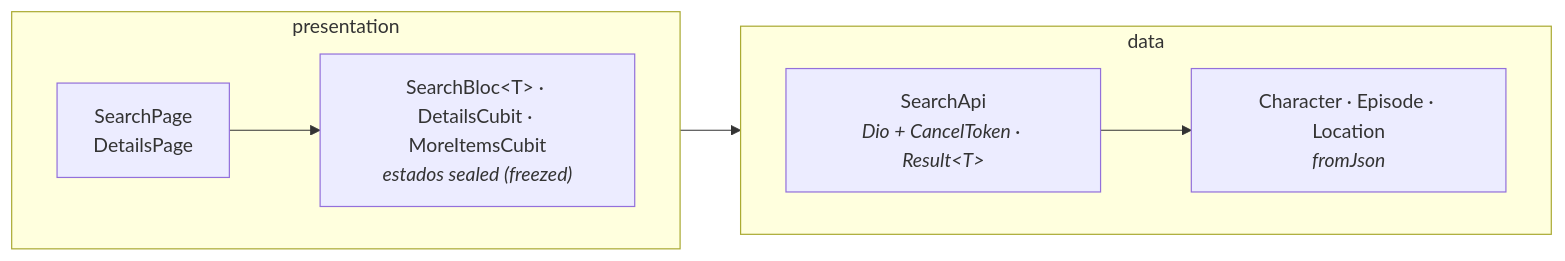
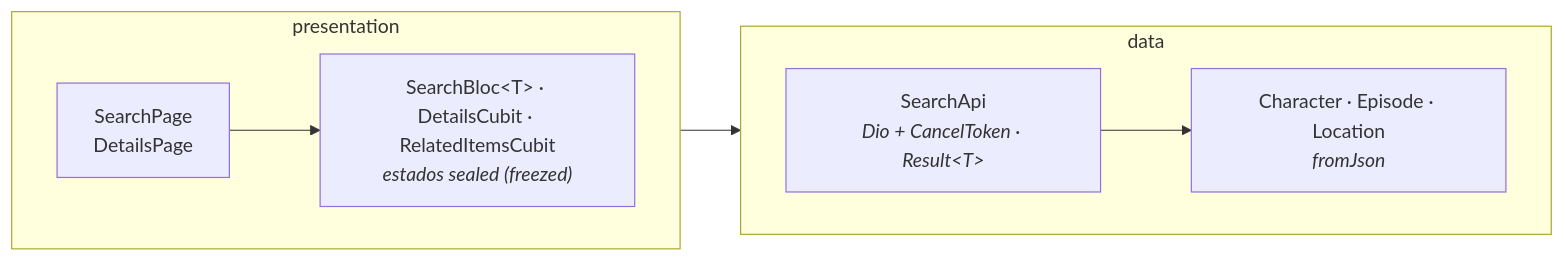
The second of 2 diagrams in README.md (cleberson-lima/rick_and_morty_app), drawn with Mermaid before and after one commit. The commit also changed other lines of this file and 44 other files, not shown here.

````diff
--- a/README.md
+++ b/README.md
@@ -143,12 +143,12 @@
 ```mermaid
 flowchart LR
     subgraph presentation["presentation"]
         direction LR
-        page["SearchPage<br/>DetailsPage"] --> bloc["SearchBloc#lt;T#gt; · DetailsCubit · MoreItemsCubit<br/><i>estados sealed (freezed)</i>"]
+        page["SearchPage<br/>DetailsPage"] --> bloc["SearchBloc#lt;T#gt; · DetailsCubit · RelatedItemsCubit<br/><i>estados sealed (freezed)</i>"]
     end
     subgraph data["data"]
         direction LR
         searchApi["SearchApi<br/><i>Dio + CancelToken · Result#lt;T#gt;</i>"] --> model["Character · Episode · Location<br/><i>fromJson</i>"]
     end
     bloc --> searchApi
 ```
````
